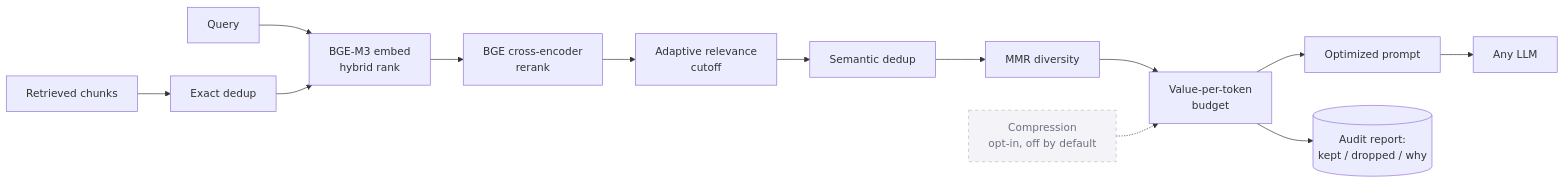
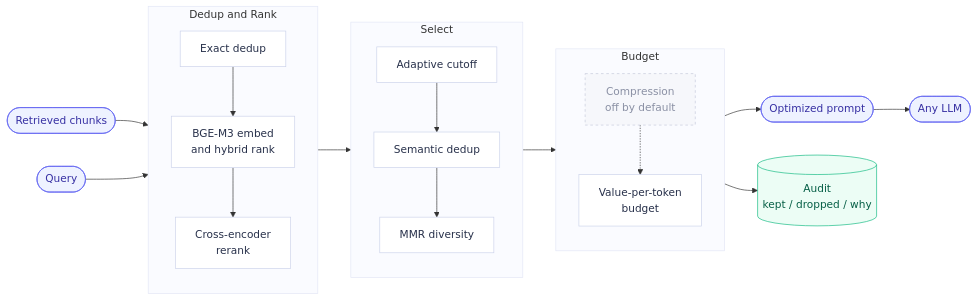
The first of 2 diagrams in assets/architecture.md (Mario-Vishal/tokengate), drawn with Mermaid before and after one commit. The commit also changed other lines of this file and 2 other files, not shown here.

Commit message:
docs: add rendered pipeline diagram (SVG) to README and assets

````diff
--- a/assets/architecture.md
+++ b/assets/architecture.md
@@ -8,17 +9,37 @@
 ```mermaid
 flowchart LR
-    C[Retrieved chunks] --> D[Exact dedup]
-    Q[Query] --> E
-    D --> E[BGE-M3 embed<br/>hybrid rank]
-    E --> R[BGE cross-encoder<br/>rerank]
-    R --> AC[Adaptive relevance<br/>cutoff]
-    AC --> SD[Semantic dedup]
-    SD --> M[MMR diversity]
-    M --> B[Value-per-token<br/>budget]
-    B --> P[Optimized prompt]
-    B --> A[(Audit report:<br/>kept / dropped / why)]
-    P --> LLM[Any LLM]
+    C([Retrieved chunks]):::io
+    Q([Query]):::io
 
-    CMP[Compression<br/>opt-in, off by default]:::off -.-> B
-    classDef off fill:#f4f4f8,stroke:#b9b9c9,stroke-dasharray:5 5,color:#6b7180
+    subgraph S1 [Dedup and Rank]
+      direction TB
+      D[Exact dedup]:::n --> E[BGE-M3 embed<br/>and hybrid rank]:::n --> R[Cross-encoder<br/>rerank]:::n
+    end
+
+    subgraph S2 [Select]
+      direction TB
+      AC[Adaptive cutoff]:::n --> SD[Semantic dedup]:::n --> MM[MMR diversity]:::n
+    end
+
+    subgraph S3 [Budget]
+      direction TB
+      B[Value-per-token<br/>budget]:::n
+      CMP[Compression<br/>off by default]:::off
+    end
+
+    C --> D
+    Q --> E
+    R --> AC
+    MM --> B
+    CMP -.-> B
+    B --> P([Optimized prompt]):::io --> LLM([Any LLM]):::io
+    B --> A[(Audit<br/>kept / dropped / why)]:::audit
+
+    classDef io fill:#eef2ff,stroke:#6366f1,color:#3730a3
+    classDef n fill:#ffffff,stroke:#cbd2ea,color:#27304a
+    classDef audit fill:#ecfdf5,stroke:#10b981,color:#065f46
+    classDef off fill:#f6f7fb,stroke:#c4c9da,stroke-dasharray:4 4,color:#8a90a4
+    style S1 fill:#fafbff,stroke:#e2e6f5
+    style S2 fill:#fafbff,stroke:#e2e6f5
+    style S3 fill:#fafbff,stroke:#e2e6f5
 ```
````
